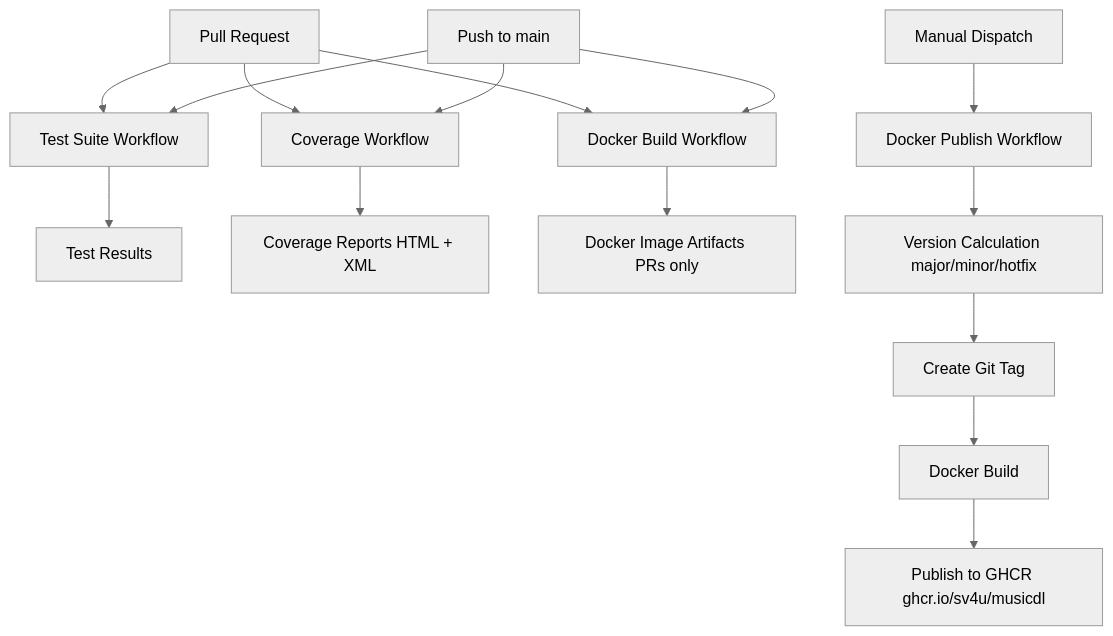
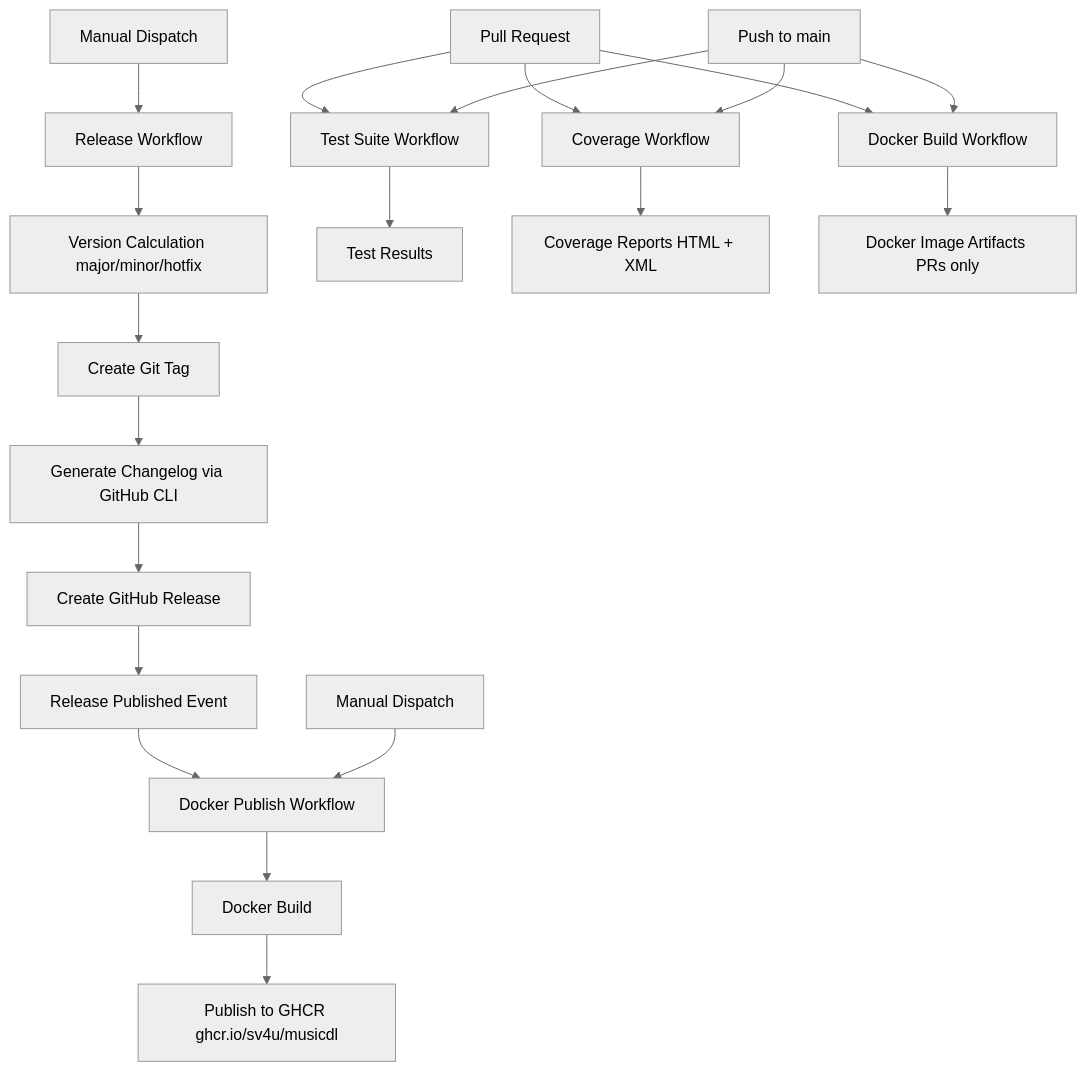
One commit to sv4u/musicdl changed the second of 2 diagrams in README.md. Above: the diagram before and after it, drawn with Mermaid (neutral theme). The commit also changed other lines of this file and 1 other file, not shown here.

First line of the commit message:
feat(ci): add release workflow with changelog generation and docker publish trigger

````diff
--- a/README.md
+++ b/README.md
@@ -302,21 +304,27 @@
 ```mermaid
 flowchart TD
     PR["Pull Request"] --> TestWorkflow["Test Suite Workflow"]
     PR --> CoverageWorkflow["Coverage Workflow"]
     PR --> DockerBuildWorkflow["Docker Build Workflow"]
     
     PushMain["Push to main"] --> TestWorkflow
     PushMain --> CoverageWorkflow
     PushMain --> DockerBuildWorkflow
     
-    ManualDispatch["Manual Dispatch"] --> DockerPublishWorkflow["Docker Publish Workflow"]
+    ManualDispatchRelease["Manual Dispatch"] --> ReleaseWorkflow["Release Workflow"]
+    ReleaseWorkflow --> VersionCalc["Version Calculation major/minor/hotfix"]
+    VersionCalc --> TagCreation["Create Git Tag"]
+    TagCreation --> ChangelogGen["Generate Changelog via GitHub CLI"]
+    ChangelogGen --> ReleaseCreate["Create GitHub Release"]
+    ReleaseCreate --> ReleaseEvent["Release Published Event"]
+    ReleaseEvent --> DockerPublishWorkflow["Docker Publish Workflow"]
+    
+    ManualDispatchDocker["Manual Dispatch"] --> DockerPublishWorkflow
     
     TestWorkflow --> TestResults["Test Results"]
     CoverageWorkflow --> CoverageArtifacts["Coverage Reports HTML + XML"]
     DockerBuildWorkflow --> DockerArtifacts["Docker Image Artifacts PRs only"]
     
-    DockerPublishWorkflow --> VersionCalc["Version Calculation major/minor/hotfix"]
-    VersionCalc --> TagCreation["Create Git Tag"]
-    TagCreation --> DockerBuild["Docker Build"]
+    DockerPublishWorkflow --> DockerBuild["Docker Build"]
     DockerBuild --> GHCRPublish["Publish to GHCR ghcr.io/sv4u/musicdl"]
 ```
````
